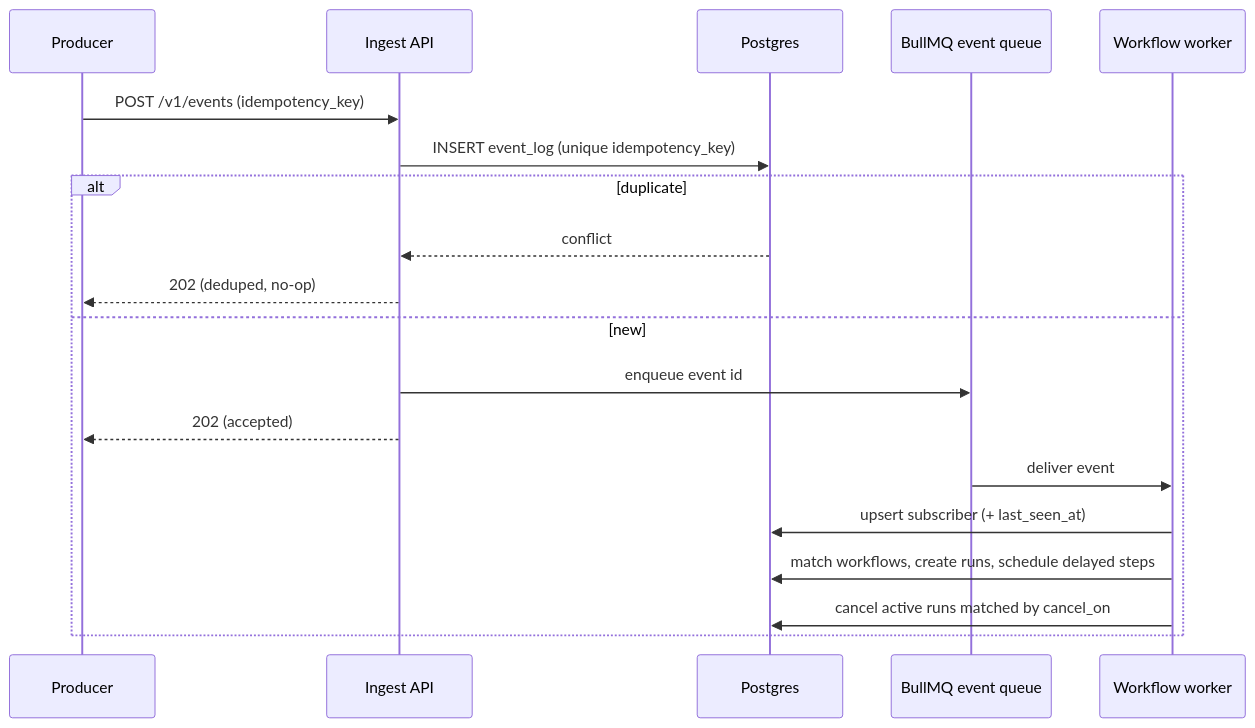
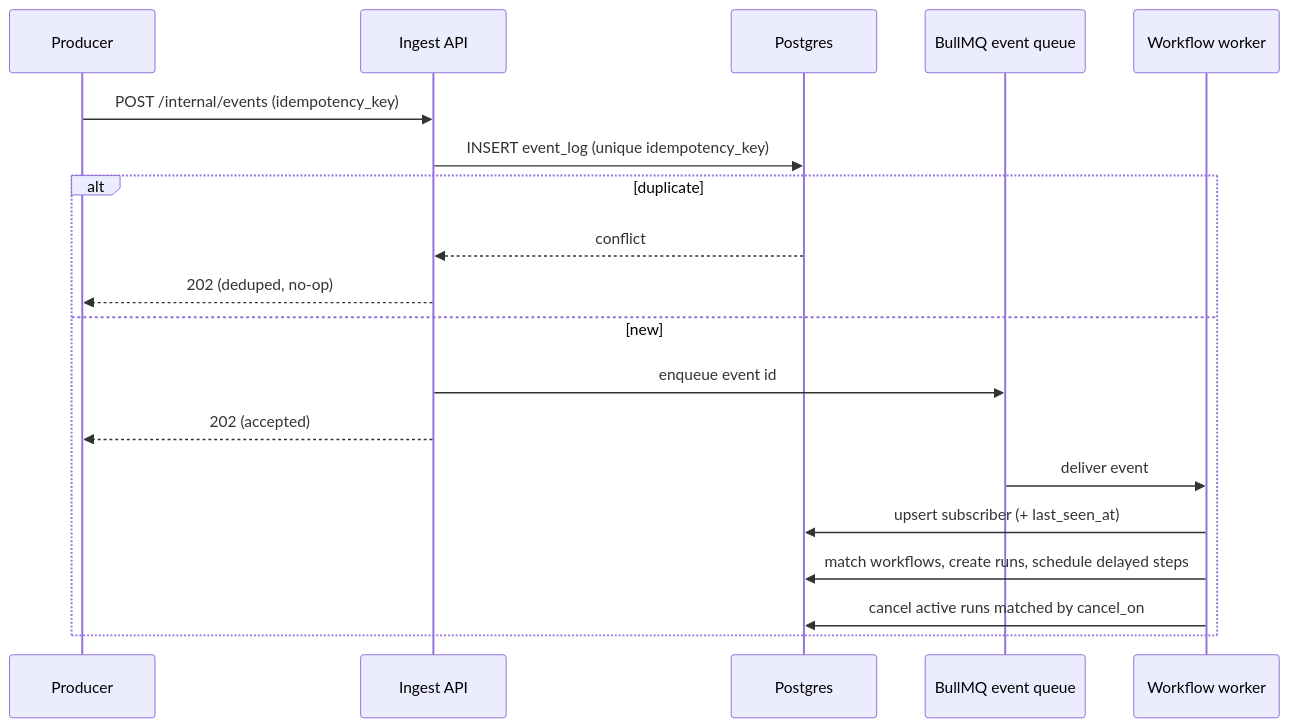
One commit to salesduo-arnav/sd-mail-service changed the second of 4 diagrams in docs/04-event-and-workflow-model.md. Above: the diagram before and after it, drawn with Mermaid. The commit also changed other lines of this file and 53 other files, not shown here.

First line of the commit message:
feat(mail): internal-only shared-key API, catalog provisioner, event-driven trial_ended

````diff
--- a/docs/04-event-and-workflow-model.md
+++ b/docs/04-event-and-workflow-model.md
@@ -164,21 +163,21 @@
 ```mermaid
 sequenceDiagram
   participant P as Producer
   participant A as Ingest API
   participant DB as Postgres
   participant Q as BullMQ event queue
   participant W as Workflow worker
-  P->>A: POST /v1/events (idempotency_key)
+  P->>A: POST /internal/events (idempotency_key)
   A->>DB: INSERT event_log (unique idempotency_key)
   alt duplicate
     DB-->>A: conflict
     A-->>P: 202 (deduped, no-op)
   else new
     A->>Q: enqueue event id
     A-->>P: 202 (accepted)
     Q->>W: deliver event
     W->>DB: upsert subscriber (+ last_seen_at)
     W->>DB: match workflows, create runs, schedule delayed steps
     W->>DB: cancel active runs matched by cancel_on
   end
 ```
````
